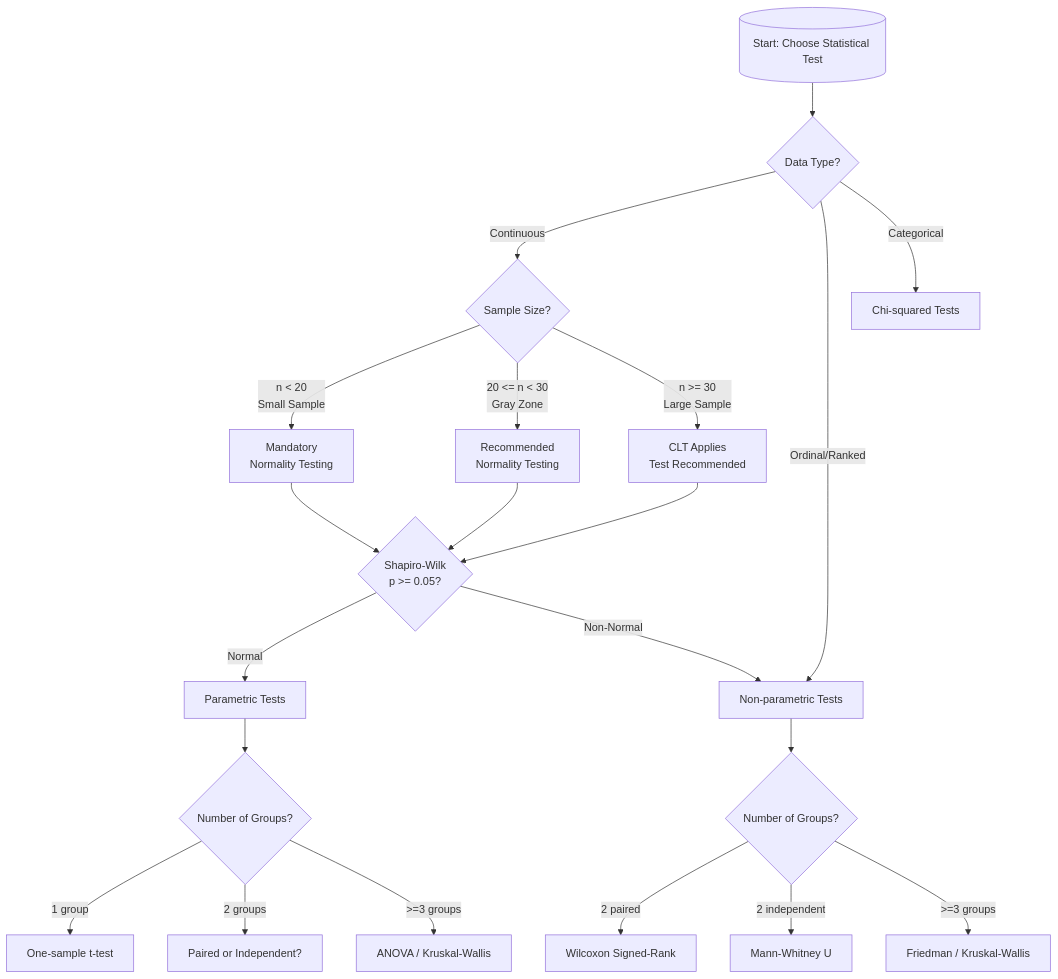
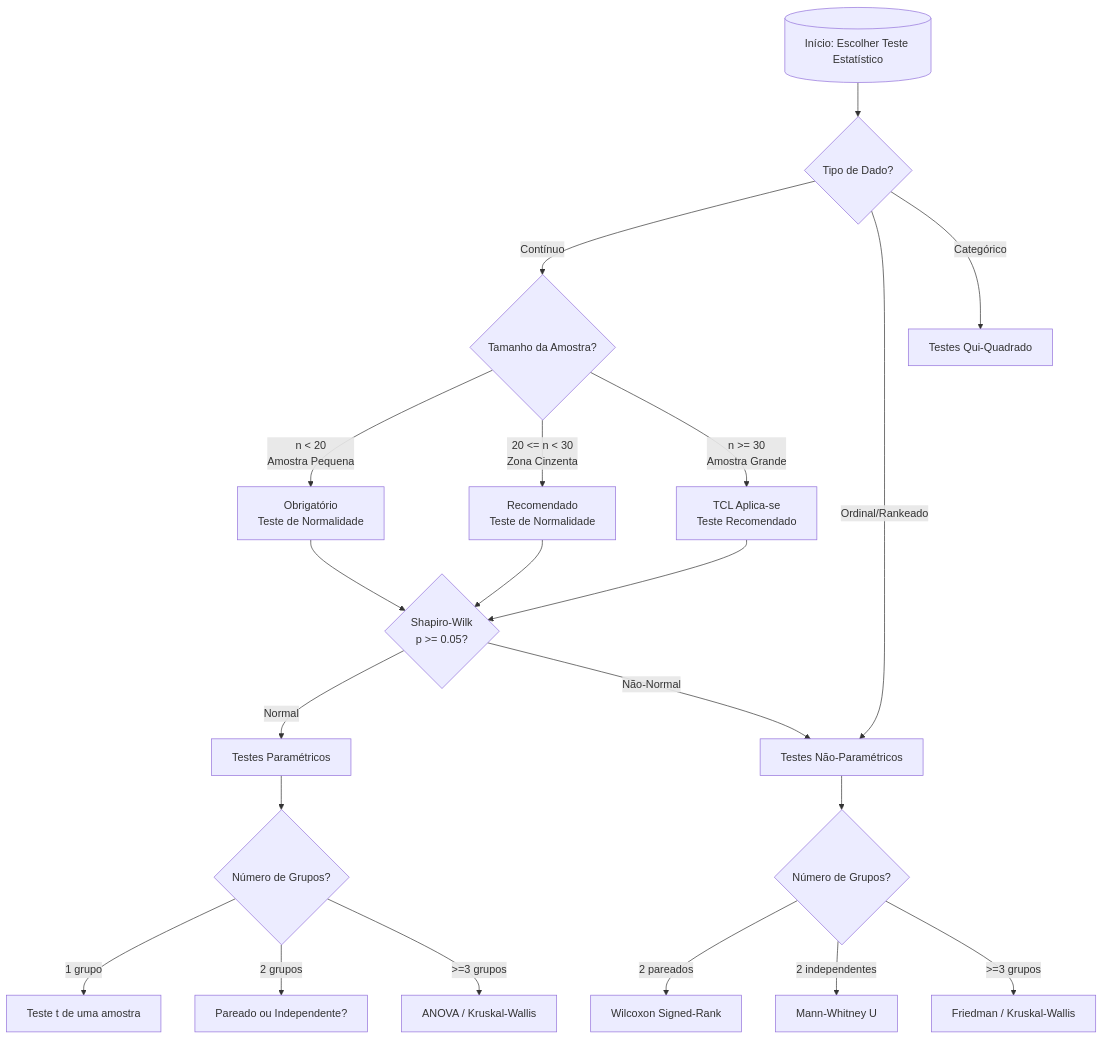
The sixth of 7 diagrams in documents_tcc/second_draft.md (lucasgaldinos/gpu_accelerated), drawn with Mermaid before and after one commit. The commit also changed other lines of this file and 509 other files, not shown here.

````diff
--- a/documents_tcc/second_draft.md
+++ b/documents_tcc/second_draft.md
@@ -571,29 +726,29 @@
-```mermaid
+```{.mermaid #fig:stat-flowchart}
 flowchart TD
-    Start[("Start: Choose Statistical Test")] --> DataType{Data Type?}
+    Start[("Início: Escolher Teste Estatístico")] --> DataType{Tipo de Dado?}
 
-    DataType -->|Continuous| SampleSize{Sample Size?}
-    DataType -->|Ordinal/Ranked| NonParam[Non-parametric Tests]:::nonparametric
-    DataType -->|Categorical| ChiSquare[Chi-squared Tests]:::other
+    DataType -->|Contínuo| SampleSize{Tamanho da Amostra?}
+    DataType -->|Ordinal/Rankeado| NonParam[Testes Não-Paramétricos]:::nonparametric
+    DataType -->|Categórico| ChiSquare[Testes Qui-Quadrado]:::other
 
-    SampleSize -->|n < 20<br/>Small Sample| SmallN[Mandatory<br/>Normality Testing]:::warning
-    SampleSize -->|20 <= n < 30<br/>Gray Zone| MediumN[Recommended<br/>Normality Testing]:::decision
-    SampleSize -->|n >= 30<br/>Large Sample| LargeN[CLT Applies<br/>Test Recommended]:::decision
+    SampleSize -->|n < 20<br/>Amostra Pequena| SmallN[Obrigatório<br/>Teste de Normalidade]:::warning
+    SampleSize -->|20 <= n < 30<br/>Zona Cinzenta| MediumN[Recomendado<br/>Teste de Normalidade]:::decision
+    SampleSize -->|n >= 30<br/>Amostra Grande| LargeN[TCL Aplica-se<br/>Teste Recomendado]:::decision
 
     SmallN --> Normality{Shapiro-Wilk<br/>p >= 0.05?}:::decision
     MediumN --> Normality
     LargeN --> Normality
 
-    Normality -->|Normal| Parametric[Parametric Tests]:::parametric
-    Normality -->|Non-Normal| NonParam
+    Normality -->|Normal| Parametric[Testes Paramétricos]:::parametric
+    Normality -->|Não-Normal| NonParam
 
-    Parametric --> Groups{Number of Groups?}:::decision
-    Groups -->|1 group| OneSample[One-sample t-test]:::parametric
-    Groups -->|2 groups| TwoSample[Paired or Independent?]:::decision
-    Groups -->|>=3 groups| ANOVA[ANOVA / Kruskal-Wallis]:::parametric
+    Parametric --> Groups{Número de Grupos?}:::decision
+    Groups -->|1 grupo| OneSample[Teste t de uma amostra]:::parametric
+    Groups -->|2 grupos| TwoSample[Pareado ou Independente?]:::decision
+    Groups -->|>=3 grupos| ANOVA[ANOVA / Kruskal-Wallis]:::parametric
 
-    NonParam --> GroupsNP{Number of Groups?}:::decision
-    GroupsNP -->|2 paired| Wilcoxon[Wilcoxon Signed-Rank]:::nonparametric
-    GroupsNP -->|2 independent| MannWhitney[Mann-Whitney U]:::nonparametric
-    GroupsNP -->|>=3 groups| Friedman[Friedman / Kruskal-Wallis]:::nonparametric
+    NonParam --> GroupsNP{Número de Grupos?}:::decision
+    GroupsNP -->|2 pareados| Wilcoxon[Wilcoxon Signed-Rank]:::nonparametric
+    GroupsNP -->|2 independentes| MannWhitney[Mann-Whitney U]:::nonparametric
+    GroupsNP -->|>=3 grupos| Friedman[Friedman / Kruskal-Wallis]:::nonparametric
 ```
````
